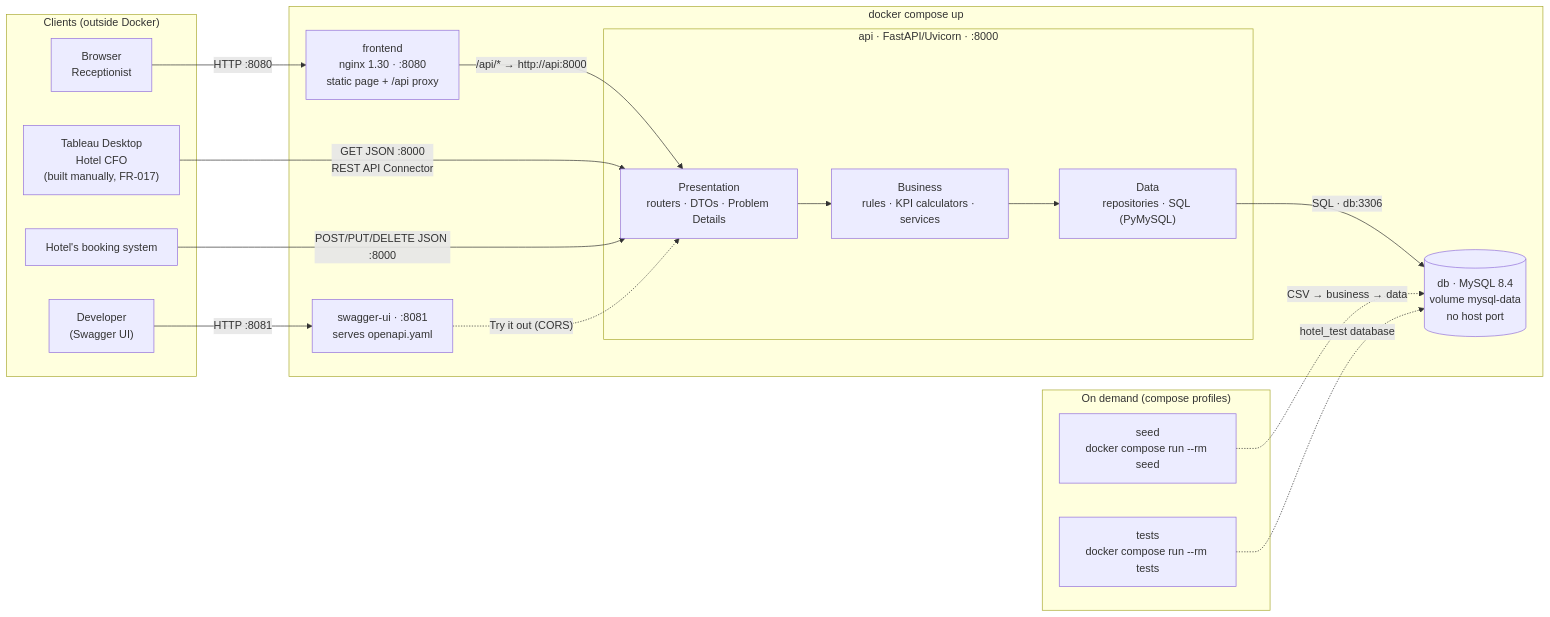
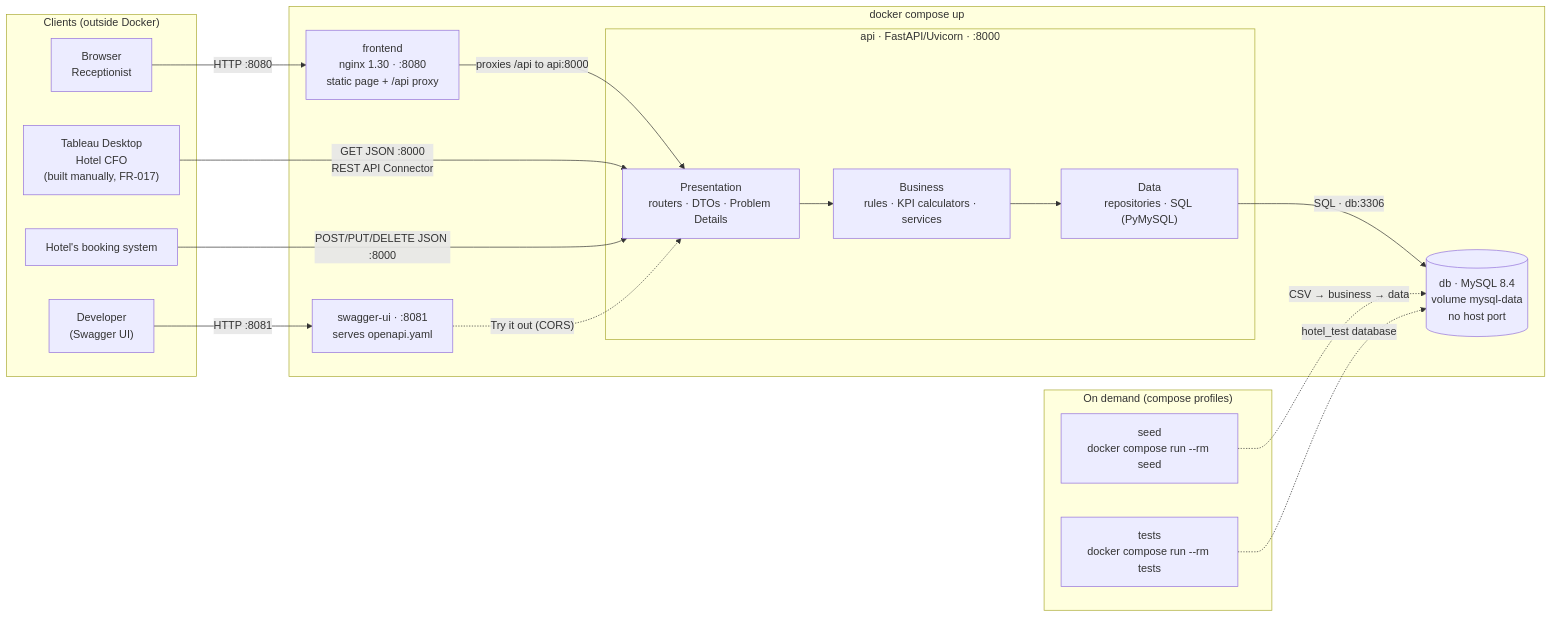
One commit to Hunder222/Hotel-Kong-Arthur changed the diagram in specs/001-hotel-analytics-platform/plan.md. Above: the diagram before and after it, drawn with Mermaid. The commit also changed 3 other files, not shown here.

````diff
--- a/specs/001-hotel-analytics-platform/plan.md
+++ b/specs/001-hotel-analytics-platform/plan.md
@@ -140,36 +140,36 @@
 ```mermaid
 flowchart LR
     subgraph Clients["Clients (outside Docker)"]
         BROWSER["Browser<br/>Receptionist"]
         TABLEAU["Tableau Desktop<br/>Hotel CFO<br/>(built manually, FR-017)"]
         HOTELSYS["Hotel's booking system"]
         DEV["Developer<br/>(Swagger UI)"]
     end
 
     subgraph Compose["docker compose up"]
         FE["frontend<br/>nginx 1.30 · :8080<br/>static page + /api proxy"]
         SW["swagger-ui · :8081<br/>serves openapi.yaml"]
         subgraph API["api · FastAPI/Uvicorn · :8000"]
             P["Presentation<br/>routers · DTOs · Problem Details"]
             B["Business<br/>rules · KPI calculators · services"]
             D["Data<br/>repositories · SQL (PyMySQL)"]
             P --> B --> D
         end
         DB[("db · MySQL 8.4<br/>volume mysql-data<br/>no host port")]
     end
 
     subgraph Tools["On demand (compose profiles)"]
         SEED["seed<br/>docker compose run --rm seed"]
         TESTS["tests<br/>docker compose run --rm tests"]
     end
 
     BROWSER -->|"HTTP :8080"| FE
-    FE -->|"/api/* → http://api:8000"| P
+    FE -->|"proxies /api to api:8000"| P
     TABLEAU -->|"GET JSON :8000<br/>REST API Connector"| P
     HOTELSYS -->|"POST/PUT/DELETE JSON :8000"| P
     DEV -->|"HTTP :8081"| SW
     SW -.->|"Try it out (CORS)"| P
     D -->|"SQL · db:3306"| DB
     SEED -.->|"CSV → business → data"| DB
     TESTS -.->|"hotel_test database"| DB
 ```
````
